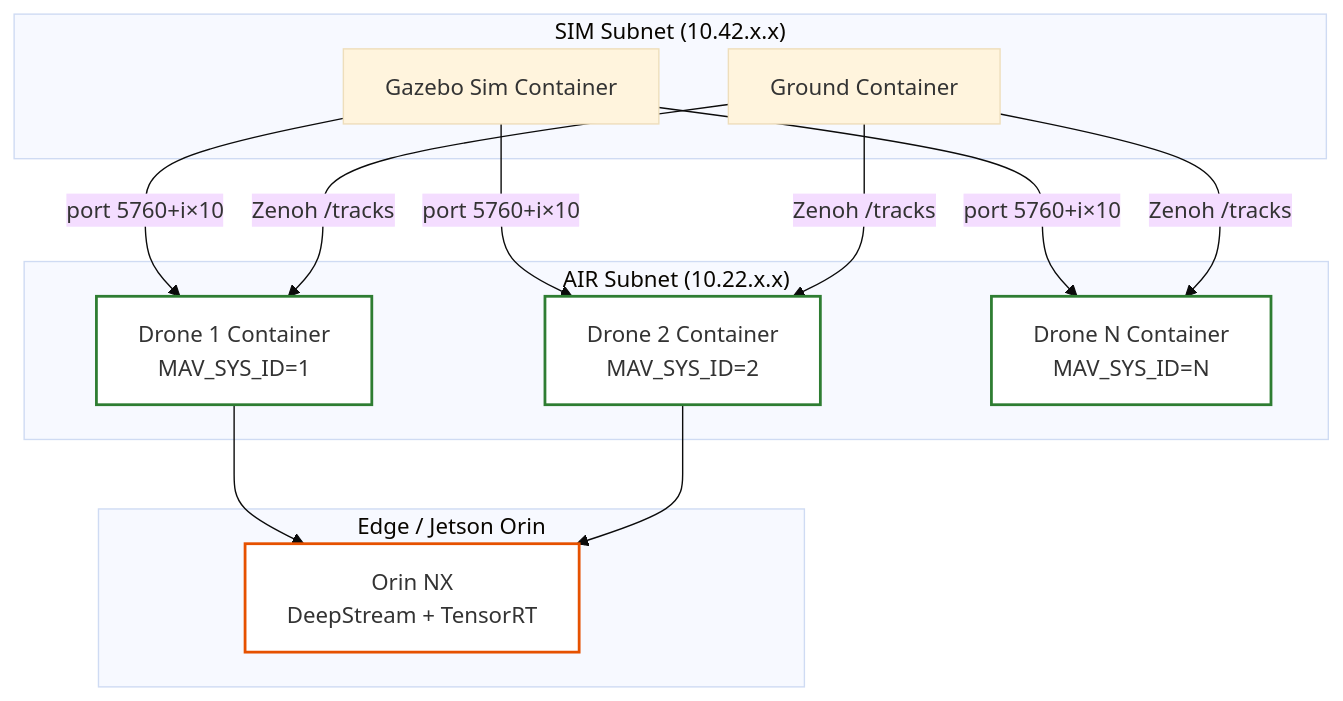
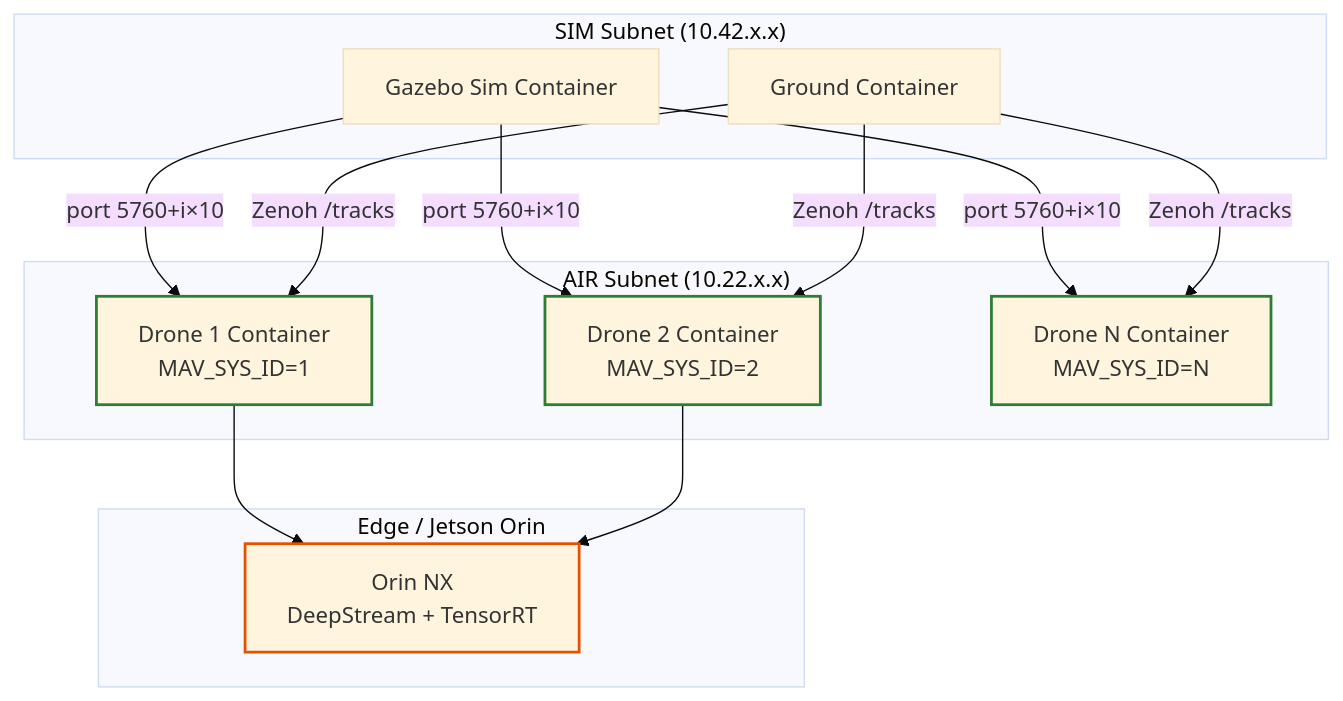
The third of 3 diagrams in README.md (AAH20/apex-autopilot-optimization), drawn with Mermaid (base theme) before and after one commit. The commit also changed other lines of this file and 3 other files, not shown here.

First line of the commit message:
fix(docs): remove fill colors from mermaid diagram containers

````diff
--- a/README.md
+++ b/README.md
@@ -128,29 +128,29 @@
 ```mermaid
 graph TD
     subgraph SIM ["SIM Subnet (10.42.x.x)"]
         GS[Gazebo Sim Container]
         GC[Ground Container]
     end
 
     subgraph AIR ["AIR Subnet (10.22.x.x)"]
         A1[Drone 1 Container<br/>MAV_SYS_ID=1]:::drone
         A2[Drone 2 Container<br/>MAV_SYS_ID=2]:::drone
         AN[Drone N Container<br/>MAV_SYS_ID=N]:::drone
     end
 
     subgraph Edge ["Edge / Jetson Orin"]
         J1[Orin NX<br/>DeepStream + TensorRT]:::edge
     end
 
     GS -->|port 5760+i×10| A1
     GS -->|port 5760+i×10| A2
     GS -->|port 5760+i×10| AN
     GC -->|Zenoh /tracks| A1
     GC -->|Zenoh /tracks| A2
     GC -->|Zenoh /tracks| AN
     A1 --> J1
     A2 --> J1
 
-    classDef drone fill:#ffffff,stroke:#2e7d32,stroke-width:2px;
-    classDef edge fill:#ffffff,stroke:#e65100,stroke-width:2px;
+    classDef drone stroke:#2e7d32,stroke-width:2px;
+    classDef edge stroke:#e65100,stroke-width:2px;
 ```
````
